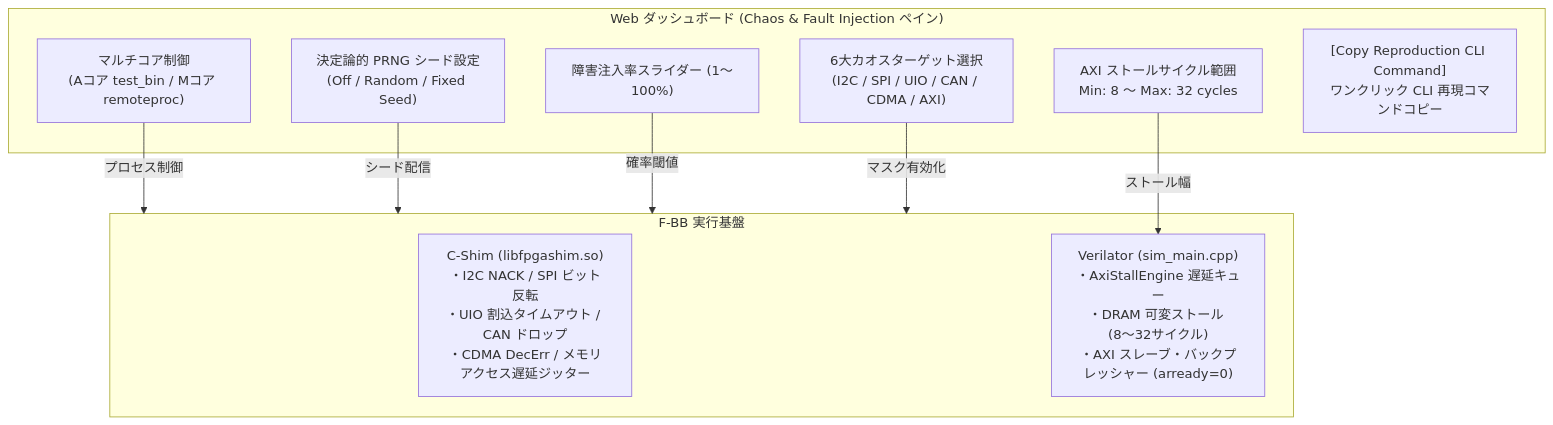
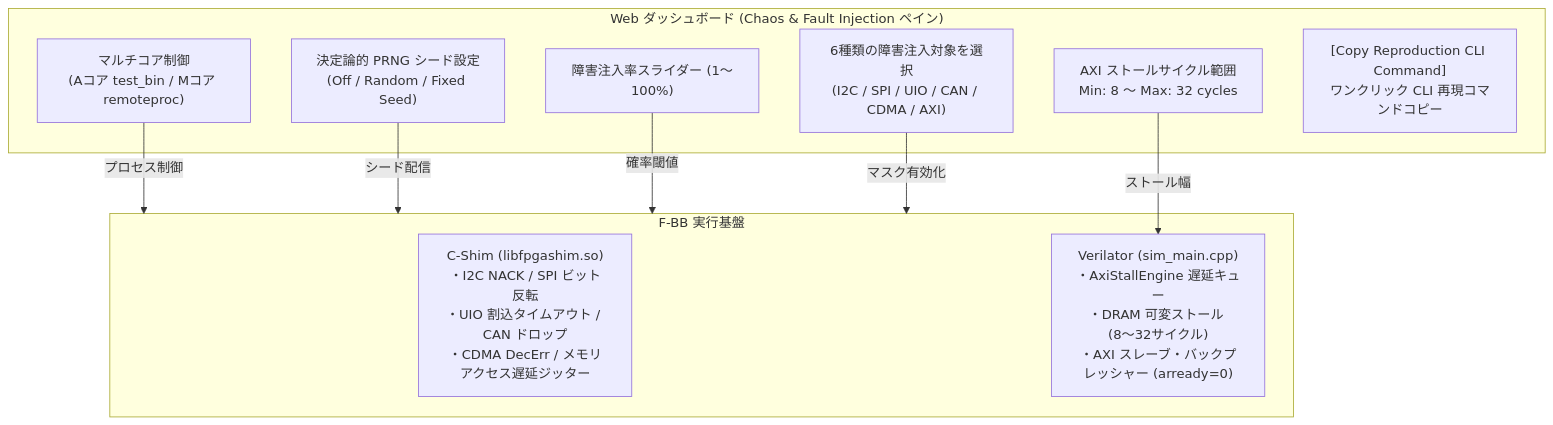
Before and after one commit to sirosiro/FPGA-BoardlessBench: the second of 2 diagrams in dashboard/README.md, drawn with Mermaid. The commit also changed other lines of this file and 33 other files, not shown here.

````diff
--- a/dashboard/README.md
+++ b/dashboard/README.md
@@ -148,22 +148,22 @@
 ```mermaid
 flowchart TD
     subgraph UI["Web ダッシュボード (Chaos & Fault Injection ペイン)"]
         CORE_CTRL["マルチコア制御<br/>(Aコア test_bin / Mコア remoteproc)"]
         SEED_CTRL["決定論的 PRNG シード設定<br/>(Off / Random / Fixed Seed)"]
         RATE_CTRL["障害注入率スライダー (1〜100%)"]
-        TARGET_GRID["6大カオスターゲット選択<br/>(I2C / SPI / UIO / CAN / CDMA / AXI)"]
+        TARGET_GRID["6種類の障害注入対象を選択<br/>(I2C / SPI / UIO / CAN / CDMA / AXI)"]
         STALL_CTRL["AXI ストールサイクル範囲<br/>Min: 8 〜 Max: 32 cycles"]
         CLI_BTN["[Copy Reproduction CLI Command]<br/>ワンクリック CLI 再現コマンドコピー"]
     end
 
     subgraph ENGINE["F-BB 実行基盤"]
         C_SHIM["C-Shim (libfpgashim.so)<br/>・I2C NACK / SPI ビット反転<br/>・UIO 割込タイムアウト / CAN ドロップ<br/>・CDMA DecErr / メモリアクセス遅延ジッター"]
         SIM_CORE["Verilator (sim_main.cpp)<br/>・AxiStallEngine 遅延キュー<br/>・DRAM 可変ストール (8〜32サイクル)<br/>・AXI スレーブ・バックプレッシャー (arready=0)"]
     end
 
     CORE_CTRL -->|プロセス制御| ENGINE
     SEED_CTRL -->|シード配信| ENGINE
     RATE_CTRL -->|確率閾値| ENGINE
     TARGET_GRID -->|マスク有効化| ENGINE
     STALL_CTRL -->|ストール幅| SIM_CORE
 ```
````
